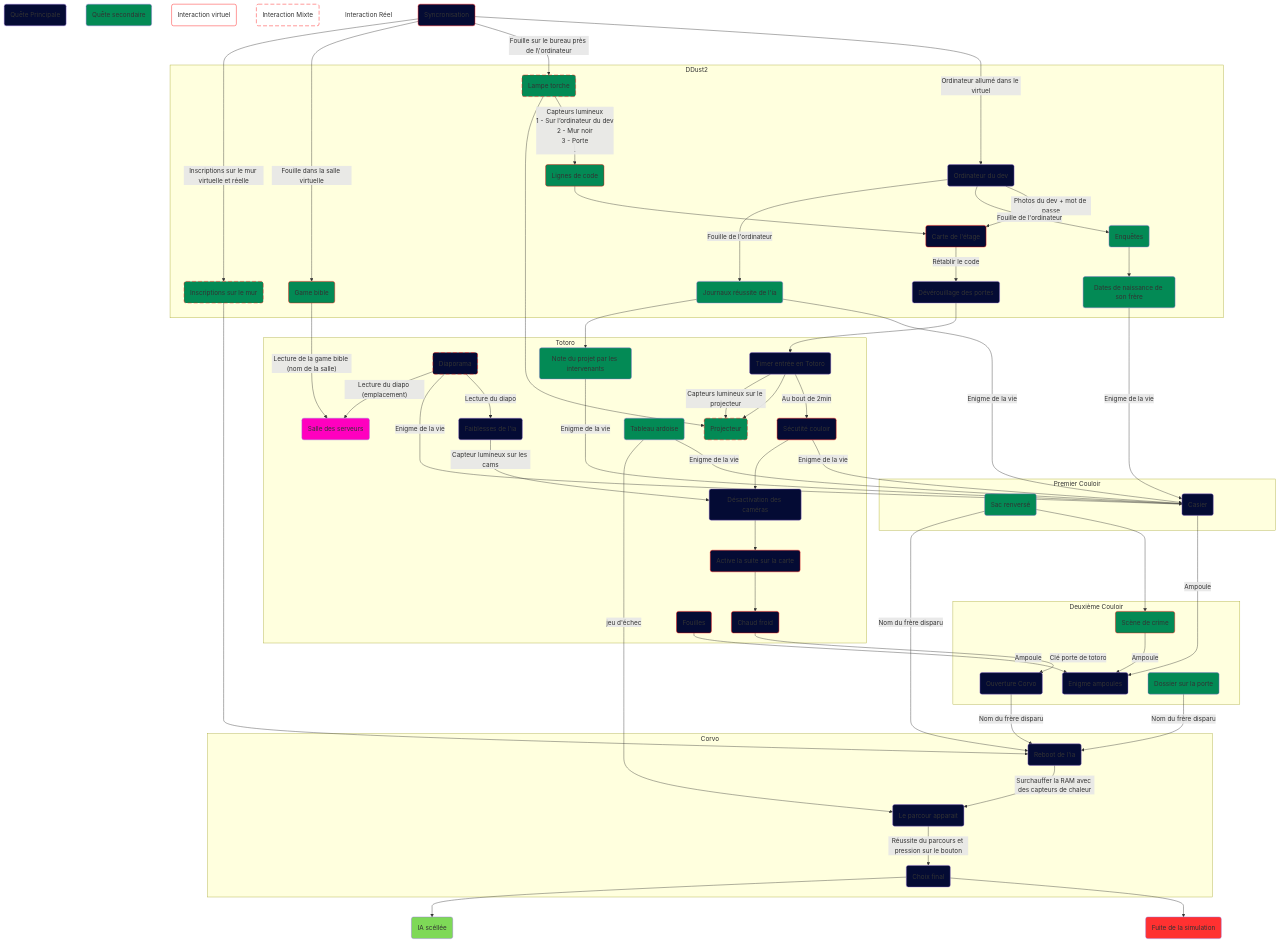
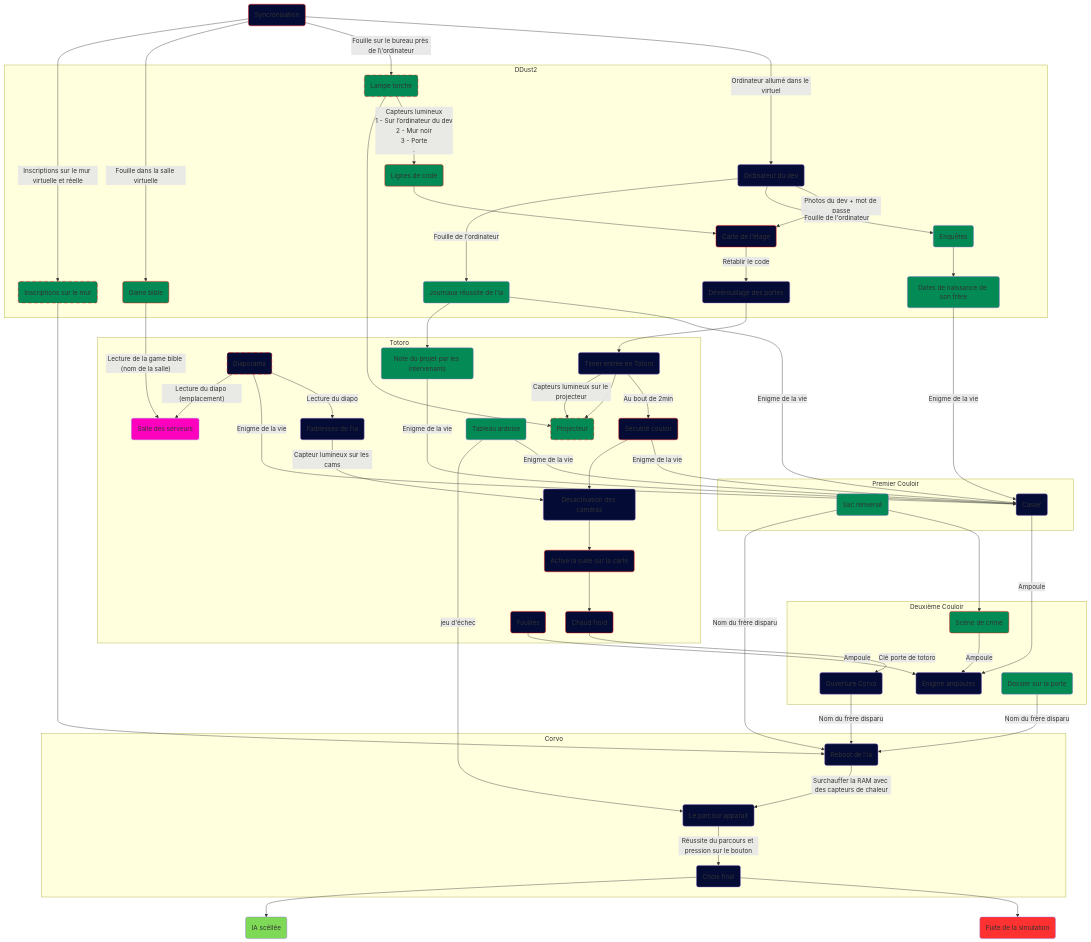
The second of 4 diagrams in Writerside/topics/Enigmes.md (Escape-Game-Gaming-Campus/.doc), drawn with Mermaid before and after one commit. The commit also changed other lines of this file, not shown here.

Commit message:
Debug: better legend for diagram

````diff
--- a/Writerside/topics/Enigmes.md
+++ b/Writerside/topics/Enigmes.md
@@ -6,10 +21,5 @@
 ```mermaid
 flowchart TB
-    z2("Quête Principale")
-    z3("Quête secondaire")
-    z4("Interaction virtuel")
-    z5("Interaction Mixte")
-    z6("Interaction Réel")
     z1("Syncronisation")
     
     subgraph DDust2
@@ -108,11 +118,6 @@
     e3 --> y2
     
     style z1 fill:#040b34, stroke:#ff0000
-    style z2 fill:#040b34
-    style z3 fill:#038a55
-    style z4 fill:#19191c00, stroke:#ff0000
-    style z5 fill:#19191c00, stroke:#ff0000, stroke-dasharray: 10 5
-    style z6 fill:#19191c00, stroke:#ff000000
     
     style a1 fill:#040b34
     style a2 fill:#040b34, stroke:#ff0000
````
